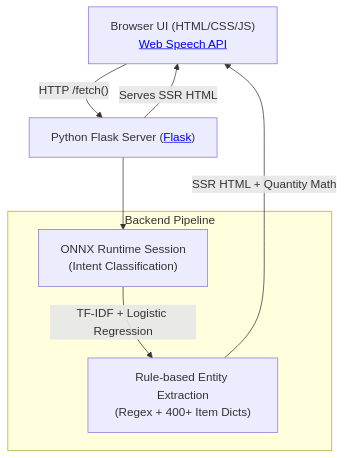
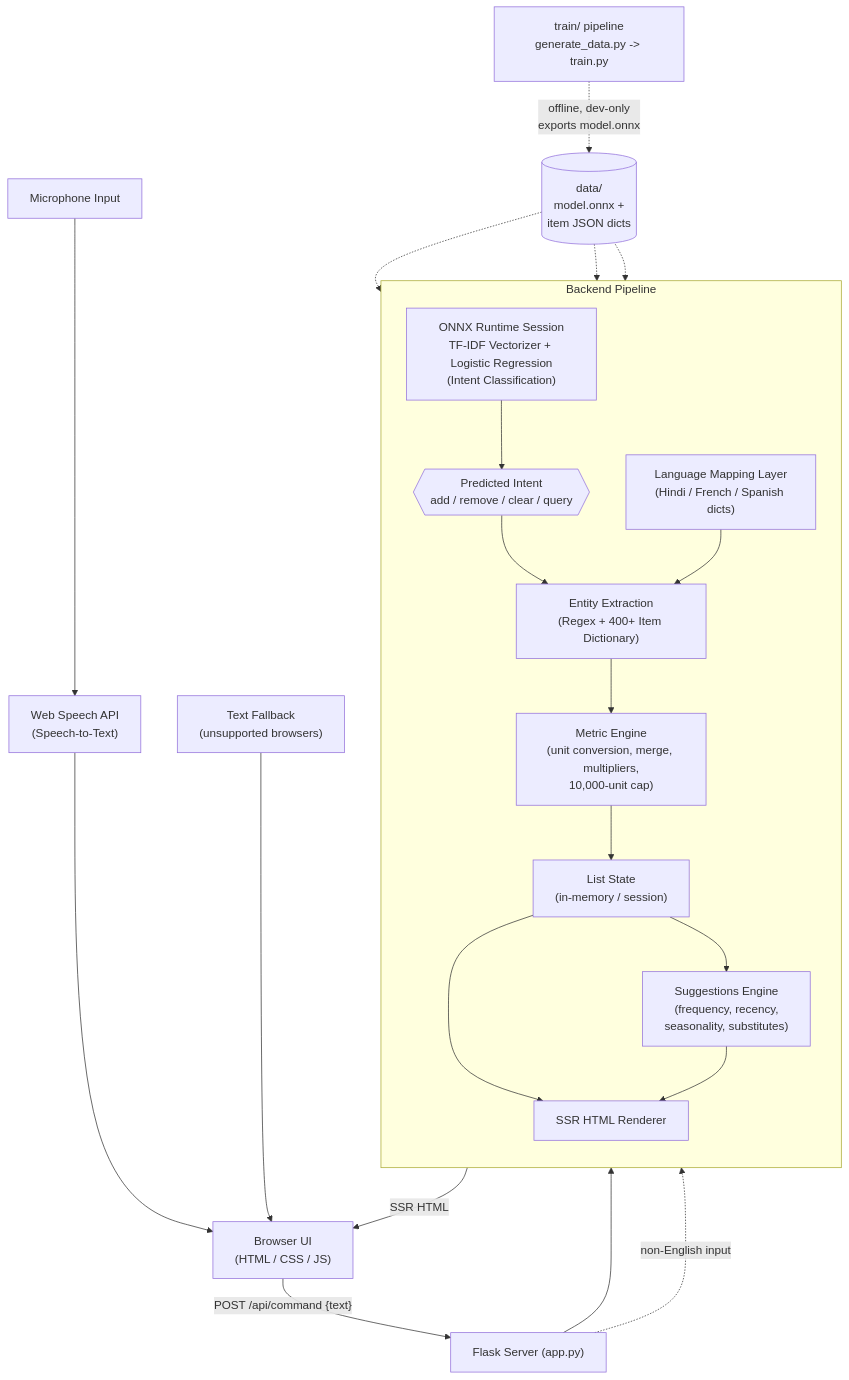
The diagram in README.md (AnshumanJ28/F.A.B.U.L.I.N.U.S), drawn with Mermaid before and after one commit. The commit also changed other lines of this file, not shown here.

````diff
--- a/README.md
+++ b/README.md
@@ -39,17 +81,38 @@
 ```mermaid
 graph TD
-    Client["Browser UI (HTML/CSS/JS)<br/><a href='https://developer.mozilla.org/en-US/docs/Web/API/Web_Speech_API'>Web Speech API</a>"]
-    Server["Python Flask Server (<a href='https://flask.palletsprojects.com/'>Flask</a>)"]
-    
-    Client -- "HTTP /fetch()" --> Server
-    Server -- "Serves SSR HTML" --> Client
-    
+    Mic["Microphone Input"]
+    WSA["Web Speech API<br/>(Speech-to-Text)"]
+    Client["Browser UI<br/>(HTML / CSS / JS)"]
+    TextBox["Text Fallback<br/>(unsupported browsers)"]
+
+    Mic --> WSA --> Client
+    TextBox --> Client
+
+    Client -- "POST /api/command {text}" --> Server["Flask Server (app.py)"]
+
     subgraph Backend Pipeline
-        ONNX["ONNX Runtime Session<br/>(Intent Classification)"]
-        Rules["Rule-based Entity Extraction<br/>(Regex + 400+ Item Dicts)"]
+        direction TB
+        ONNX["ONNX Runtime Session<br/>TF-IDF Vectorizer + Logistic Regression<br/>(Intent Classification)"]
+        Intent{{"Predicted Intent<br/>add / remove / clear / query"}}
+        Rules["Entity Extraction<br/>(Regex + 400+ Item Dictionary)"]
+        Lang["Language Mapping Layer<br/>(Hindi / French / Spanish dicts)"]
+        Metric["Metric Engine<br/>(unit conversion, merge, multipliers,<br/>10,000-unit cap)"]
+        State["List State<br/>(in-memory / session)"]
+        Suggest["Suggestions Engine<br/>(frequency, recency,<br/>seasonality, substitutes)"]
+        Render["SSR HTML Renderer"]
     end
-    
-    Server --> ONNX
-    ONNX -- "TF-IDF + Logistic Regression" --> Rules
-    Rules -- "SSR HTML + Quantity Math" --> Client
+
+    Server --> ONNX --> Intent --> Rules
+    Server -. "non-English input" .-> Lang --> Rules
+    Rules --> Metric --> State
+    State --> Suggest
+    State --> Render
+    Suggest --> Render
+    Render -- "SSR HTML" --> Client
+
+    Data[("data/<br/>model.onnx +<br/>item JSON dicts")] -.-> ONNX
+    Data -.-> Rules
+    Data -.-> Lang
+
+    Train["train/ pipeline<br/>generate_data.py -> train.py"] -. "offline, dev-only<br/>exports model.onnx" .-> Data
 ```
````
